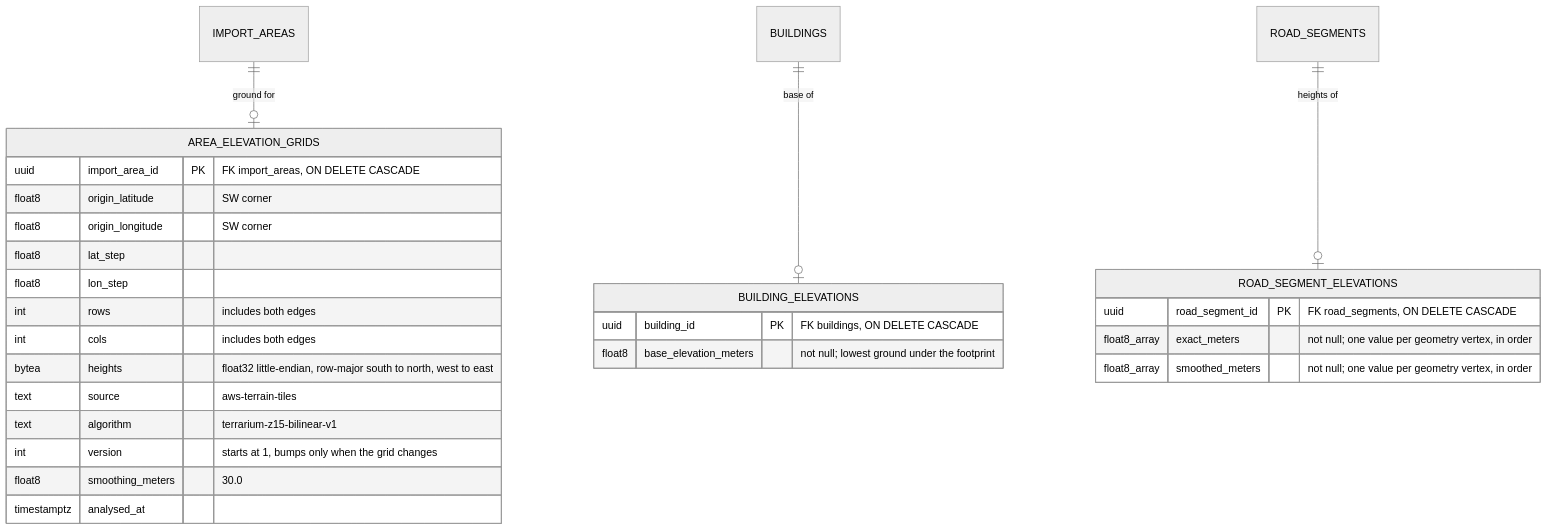
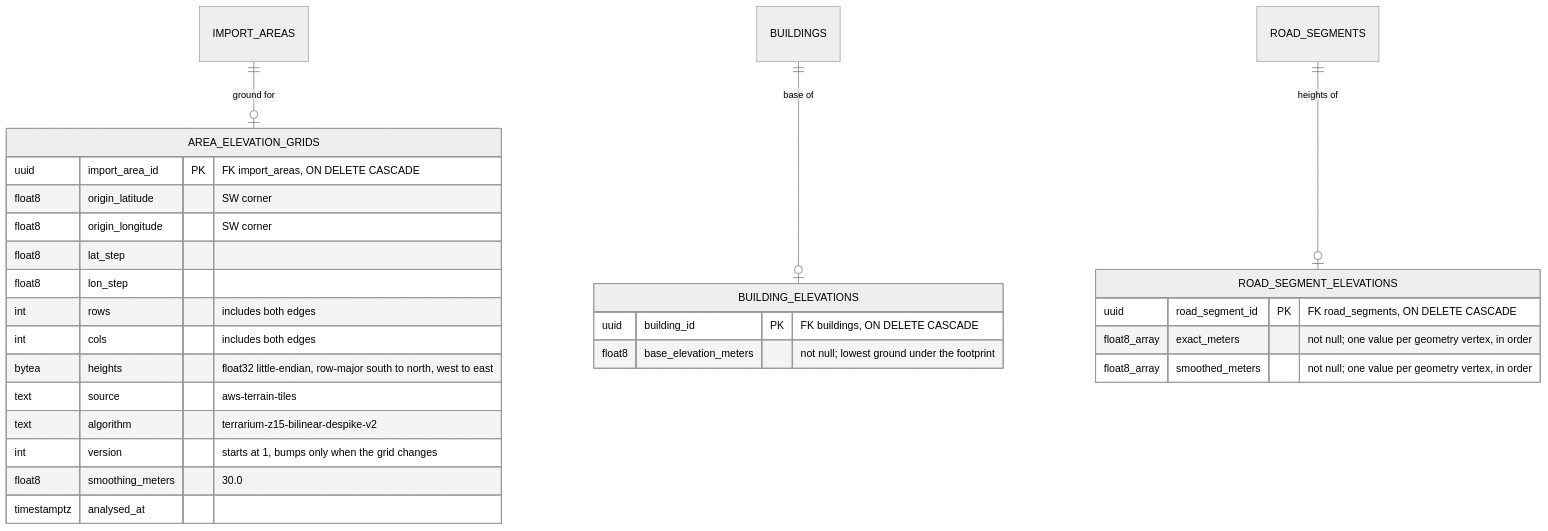
One commit to josuecm13/geospatial-reconstruction-engine changed the fifth of 6 diagrams in docs/schema.md. Above: the diagram before and after it, drawn with Mermaid (neutral theme). The commit also changed 76 other files, not shown here.

````diff
--- a/docs/schema.md
+++ b/docs/schema.md
@@ -259,31 +259,31 @@
 ```mermaid
 erDiagram
     IMPORT_AREAS ||--o| AREA_ELEVATION_GRIDS : "ground for"
     BUILDINGS ||--o| BUILDING_ELEVATIONS : "base of"
     ROAD_SEGMENTS ||--o| ROAD_SEGMENT_ELEVATIONS : "heights of"
 
     AREA_ELEVATION_GRIDS {
         uuid import_area_id PK "FK import_areas, ON DELETE CASCADE"
         float8 origin_latitude "SW corner"
         float8 origin_longitude "SW corner"
         float8 lat_step
         float8 lon_step
         int rows "includes both edges"
         int cols "includes both edges"
         bytea heights "float32 little-endian, row-major south to north, west to east"
         text source "aws-terrain-tiles"
-        text algorithm "terrarium-z15-bilinear-v1"
+        text algorithm "terrarium-z15-bilinear-despike-v2"
         int version "starts at 1, bumps only when the grid changes"
         float8 smoothing_meters "30.0"
         timestamptz analysed_at
     }
     BUILDING_ELEVATIONS {
         uuid building_id PK "FK buildings, ON DELETE CASCADE"
         float8 base_elevation_meters "not null; lowest ground under the footprint"
     }
     ROAD_SEGMENT_ELEVATIONS {
         uuid road_segment_id PK "FK road_segments, ON DELETE CASCADE"
         float8_array exact_meters "not null; one value per geometry vertex, in order"
         float8_array smoothed_meters "not null; one value per geometry vertex, in order"
     }
 ```
````
